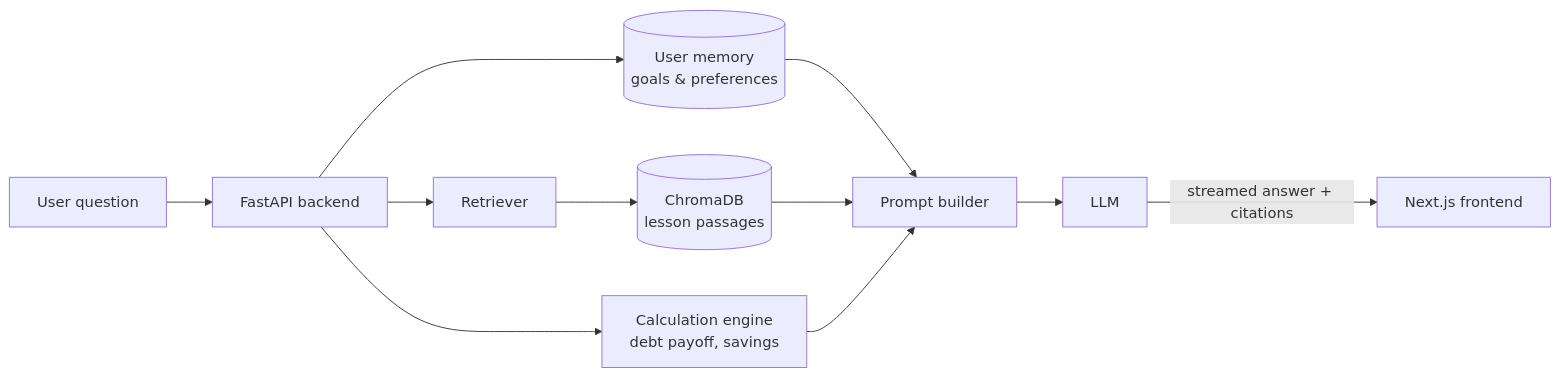
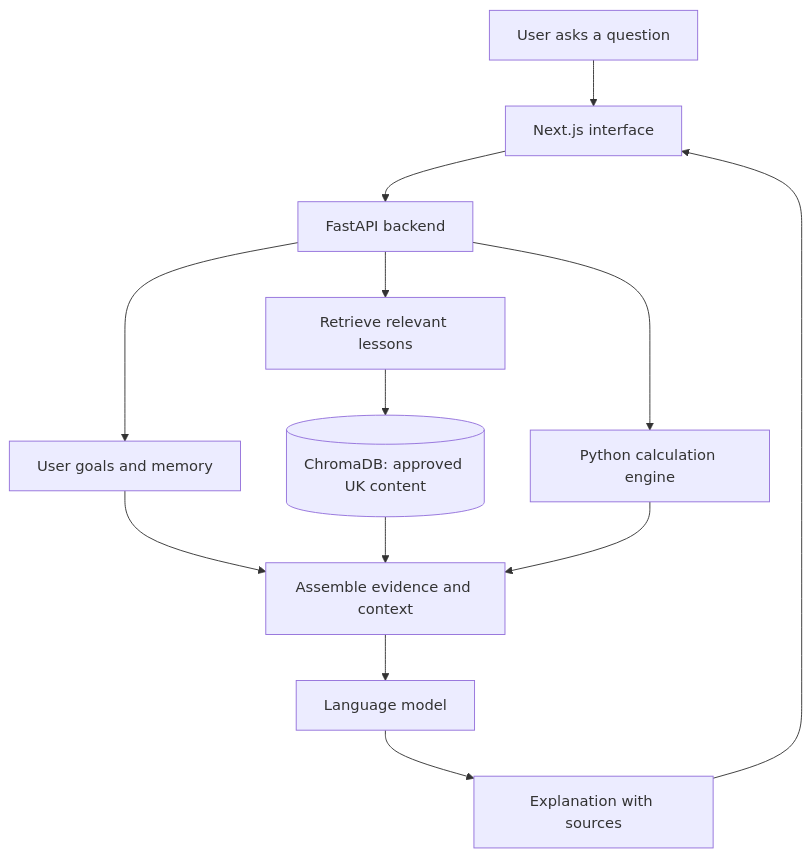
Before and after one commit to Valorz1/NetValor: the diagram in README.md, drawn with Mermaid. The commit also changed other lines of this file, not shown here.

Commit message:
Update README pages and add it the UI/UX model

````diff
--- a/README.md
+++ b/README.md
@@ -62,13 +80,15 @@
 ```mermaid
-flowchart LR
-    U[User question] --> API[FastAPI backend]
-    API --> M[(User memory<br/>goals & preferences)]
-    API --> R[Retriever]
-    R --> V[(ChromaDB<br/>lesson passages)]
-    API --> CALC[Calculation engine<br/>debt payoff, savings]
-    M --> P[Prompt builder]
-    V --> P
-    CALC --> P
-    P --> LLM[LLM]
-    LLM -->|streamed answer + citations| UI[Next.js frontend]
+flowchart TD
+    U["User asks a question"] --> UI["Next.js interface"]
+    UI --> API["FastAPI backend"]
+    API --> M["User goals and memory"]
+    API --> R["Retrieve relevant lessons"]
+    R --> DB[("ChromaDB: approved UK content")]
+    API --> C["Python calculation engine"]
+    M --> P["Assemble evidence and context"]
+    DB --> P
+    C --> P
+    P --> LLM["Language model"]
+    LLM --> OUT["Explanation with sources"]
+    OUT --> UI
 ```
````
